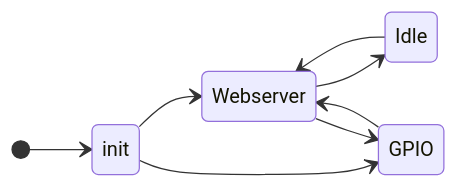
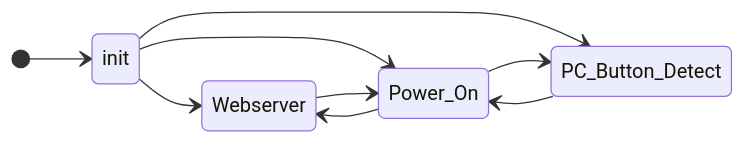
Before and after one commit to cbwhickstein/power_over_wifi: the second of 2 diagrams in doc/README.md, drawn with Mermaid. The commit also changed other lines of this file and 17 other files, not shown here.

Commit message:
created schematic

````diff
--- a/doc/README.md
+++ b/doc/README.md
@@ -17,11 +18,12 @@
 ```mermaid
 stateDiagram
     direction LR
     [*] --> init
     init --> Webserver
-    Webserver --> Idle
-    Idle --> Webserver
-    init --> GPIO
-    Webserver --> GPIO
-    GPIO --> Webserver
+    init --> Power_On
+    Webserver --> Power_On
+    Power_On --> Webserver
+    init --> PC_Button_Detect
+    PC_Button_Detect --> Power_On
+    Power_On --> PC_Button_Detect
 ```
````
